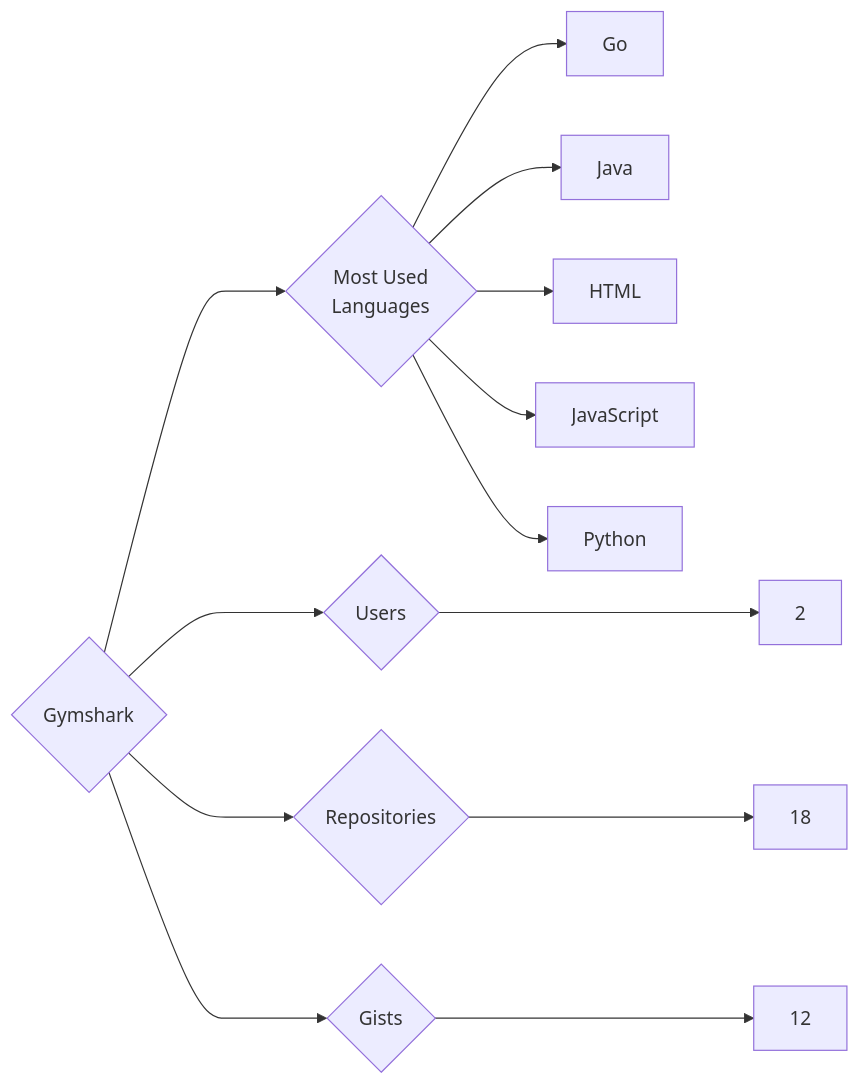
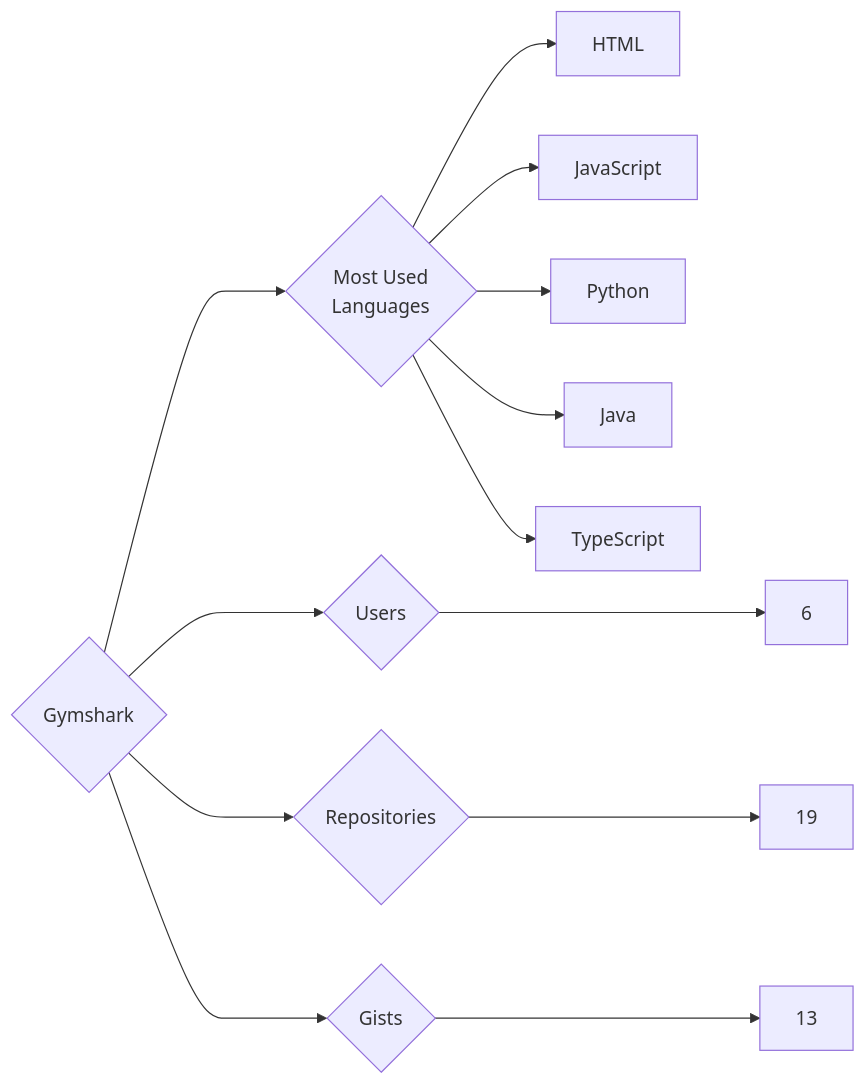
The diagram in targets/Gymshark/README.md (trickest/insiders), drawn with Mermaid before and after one commit. The commit also changed 1003 other files, not shown here.

````diff
--- a/targets/Gymshark/README.md
+++ b/targets/Gymshark/README.md
@@ -3,13 +3,13 @@
 ```mermaid
 graph LR
 COMPANY_NAME{Gymshark}
-COMPANY_NAME ---> U{Users} ---> UN[2]
-COMPANY_NAME ---> R{Repositories} ---> RN[18]
-COMPANY_NAME ---> G{Gists} ---> GN[12]
+COMPANY_NAME ---> U{Users} ---> UN[6]
+COMPANY_NAME ---> R{Repositories} ---> RN[19]
+COMPANY_NAME ---> G{Gists} ---> GN[13]
 COMPANY_NAME ---> ML{Most Used<br>Languages}
-ML --> Go[Go]
-ML --> Java[Java]
 ML --> HTML[HTML]
 ML --> JavaScript[JavaScript]
 ML --> Python[Python]
+ML --> Java[Java]
+ML --> TypeScript[TypeScript]
 ```
````
